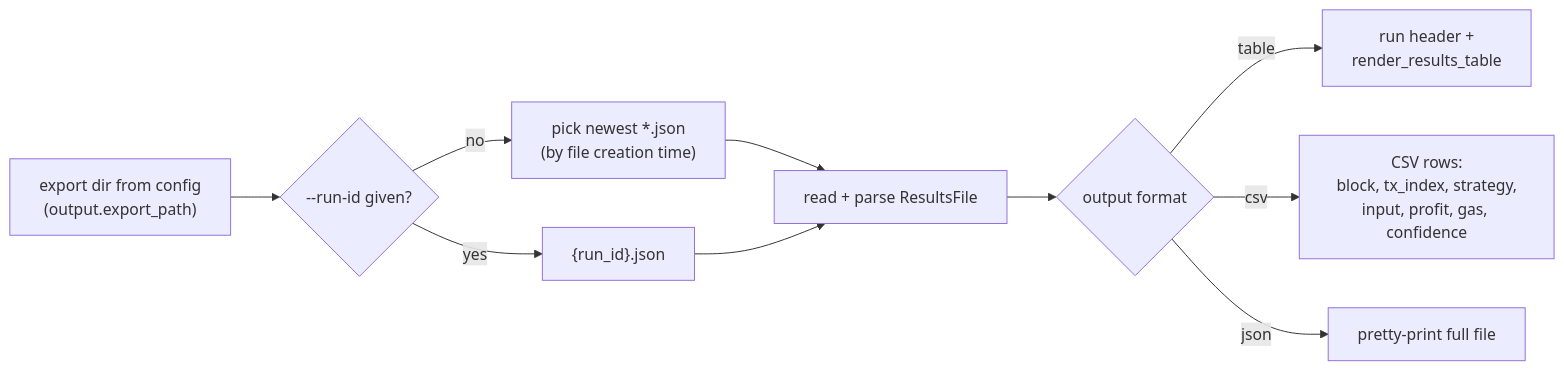
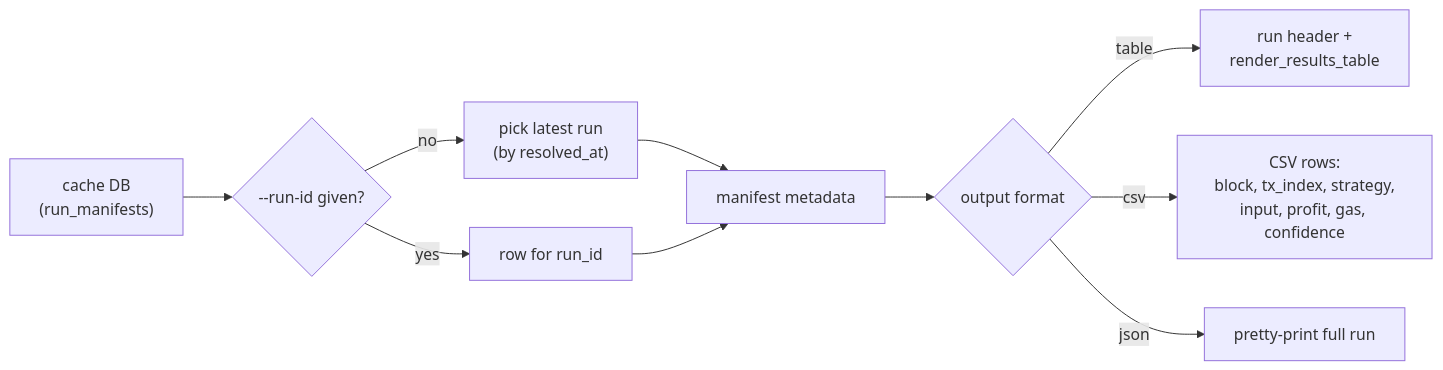
Before and after one commit to moha-moradi/mev-scout: diagram 11 of 13 in docs/ARCHITECTURE.md, drawn with Mermaid. The commit also changed other lines of this file and 33 other files, not shown here.

````diff
--- a/docs/ARCHITECTURE.md
+++ b/docs/ARCHITECTURE.md
@@ -344,12 +353,12 @@
 ```mermaid
 flowchart LR
-    A["export dir from config<br/>(output.export_path)"] --> B{"--run-id given?"}
-    B -- no --> C["pick newest *.json<br/>(by file creation time)"]
-    B -- yes --> D["{run_id}.json"]
-    C --> E["read + parse ResultsFile"]
+    A["cache DB<br/>(run_manifests)"] --> B{"--run-id given?"}
+    B -- no --> C["pick latest run<br/>(by resolved_at)"]
+    B -- yes --> D["row for run_id"]
+    C --> E["manifest metadata"]
     D --> E
     E --> F{"output format"}
     F -- table --> G["run header +<br/>render_results_table"]
     F -- csv --> H["CSV rows:<br/>block, tx_index, strategy,<br/>input, profit, gas, confidence"]
-    F -- json --> I["pretty-print full file"]
+    F -- json --> I["pretty-print full run"]
 ```
````
